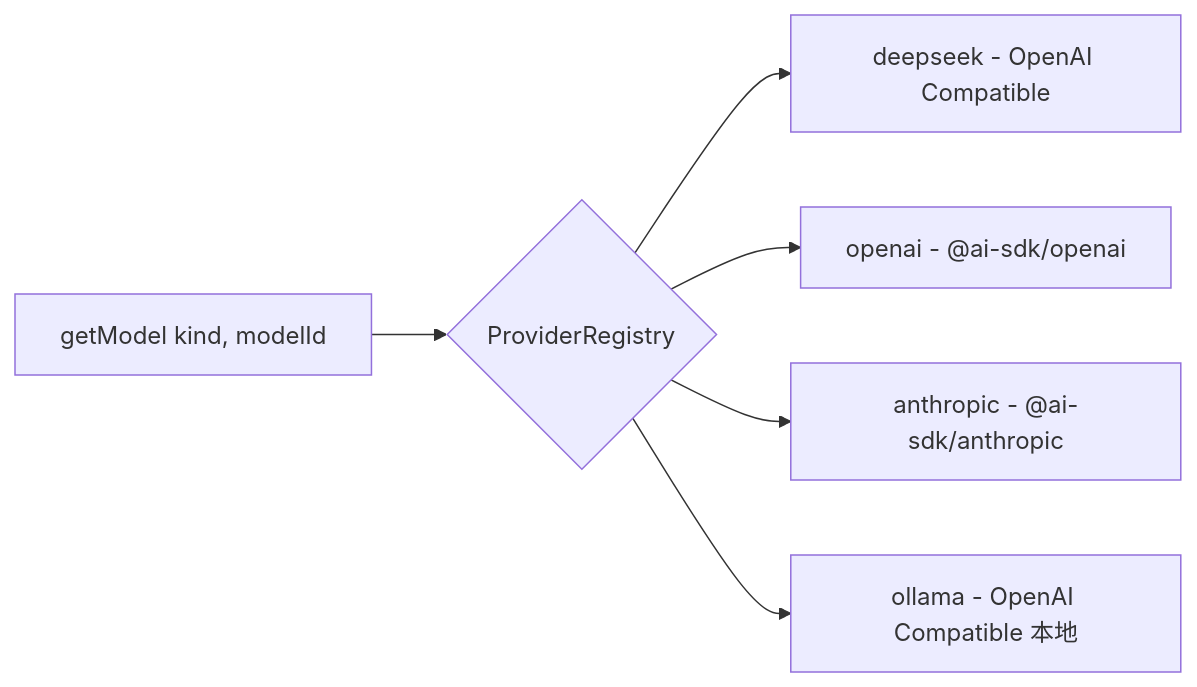
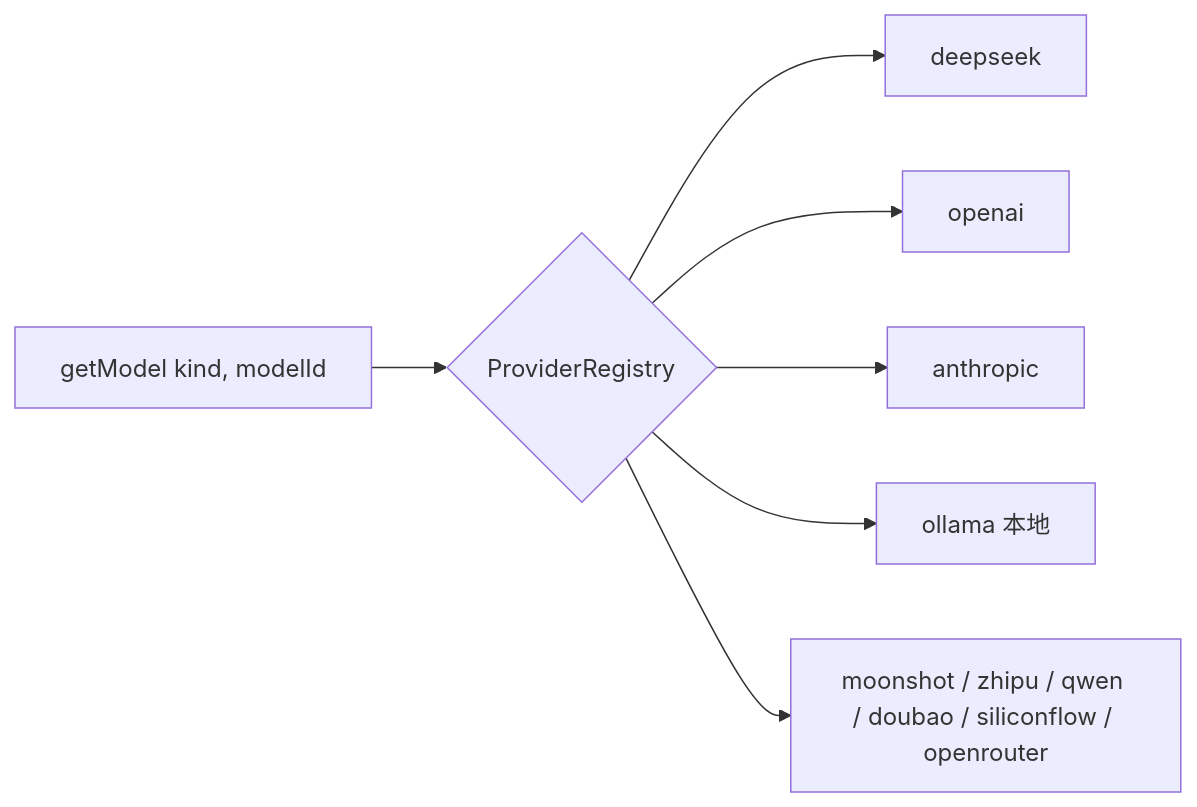
The first of 2 diagrams in README.md (zlh12331/superagent), drawn with Mermaid before and after one commit. The commit also changed other lines of this file and 6 other files, not shown here.

````diff
--- a/README.md
+++ b/README.md
@@ -77,8 +178,9 @@
 ```mermaid
 graph LR
     A[getModel kind, modelId] --> B{ProviderRegistry}
-    B --> C[deepseek - OpenAI Compatible]
-    B --> D[openai - @ai-sdk/openai]
-    B --> E[anthropic - @ai-sdk/anthropic]
-    B --> F[ollama - OpenAI Compatible 本地]
+    B --> C[deepseek]
+    B --> D[openai]
+    B --> E[anthropic]
+    B --> F[ollama 本地]
+    B --> G[moonshot / zhipu / qwen / doubao / siliconflow / openrouter]
 ```
````
